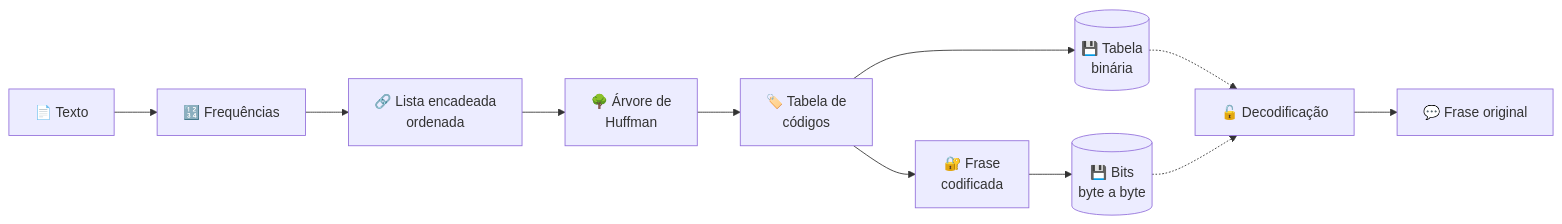
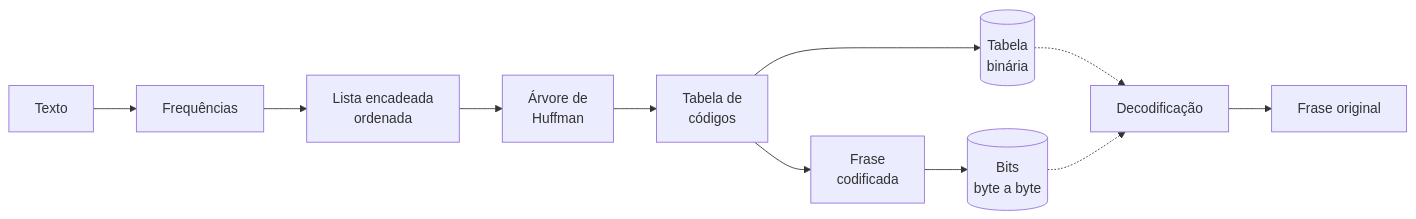
The first of 2 diagrams in README.md (HumbertoAlcantaraArruda/arvoreHuffman), drawn with Mermaid before and after one commit. The commit also changed other lines of this file, not shown here.

````diff
--- a/README.md
+++ b/README.md
@@ -31,13 +33,13 @@
 ```mermaid
 flowchart LR
-    T["📄 Texto"] --> F["🔢 Frequências"]
-    F --> L["🔗 Lista encadeada<br>ordenada"]
-    L --> H["🌳 Árvore de<br>Huffman"]
-    H --> C["🏷️ Tabela de<br>códigos"]
-    C --> B[("💾 Tabela<br>binária")]
-    C --> X["🔐 Frase<br>codificada"]
-    X --> Y[("💾 Bits<br>byte a byte")]
-    B -.-> D["🔓 Decodificação"]
+    T["Texto"] --> F["Frequências"]
+    F --> L["Lista encadeada<br>ordenada"]
+    L --> H["Árvore de<br>Huffman"]
+    H --> C["Tabela de<br>códigos"]
+    C --> B[("Tabela<br>binária")]
+    C --> X["Frase<br>codificada"]
+    X --> Y[("Bits<br>byte a byte")]
+    B -.-> D["Decodificação"]
     Y -.-> D
-    D --> R["💬 Frase original"]
+    D --> R["Frase original"]
 ```
````
